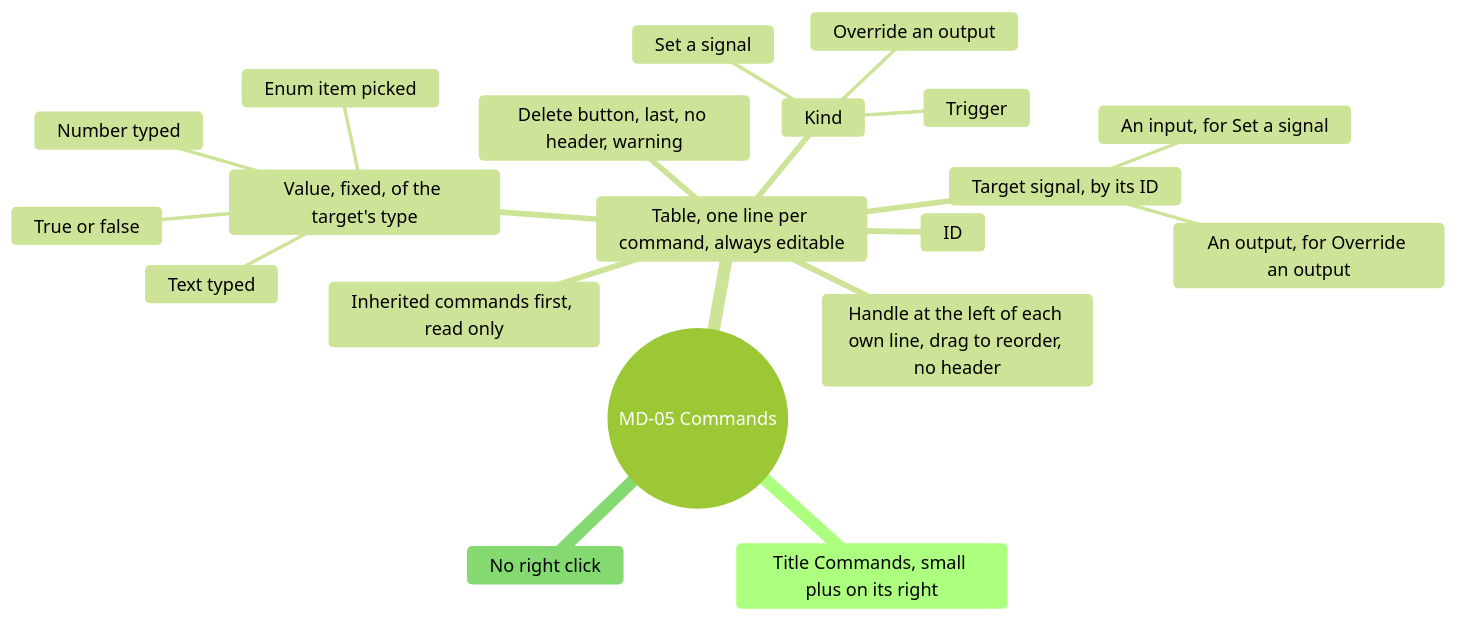
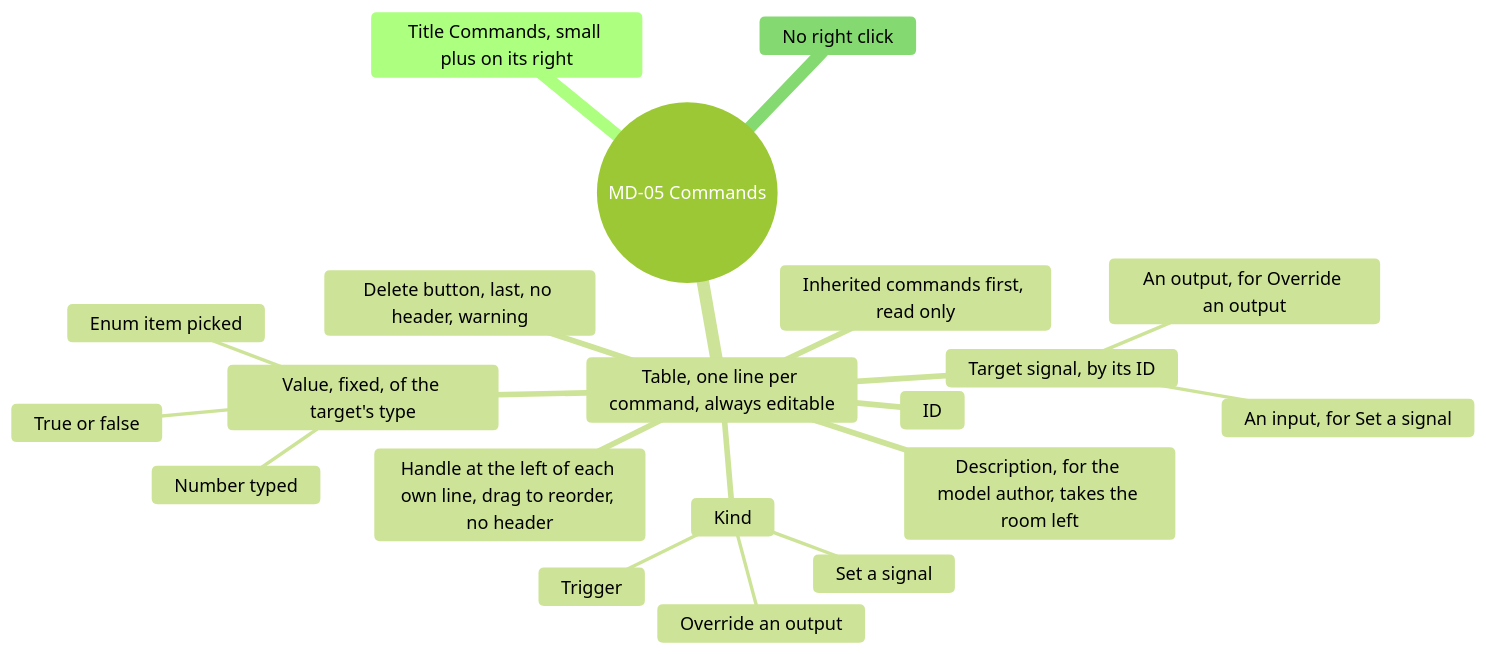
One commit to AlexandreGallais/synoptic-studio-spec changed the eighth of 17 diagrams in screens/metadata.md. Above: the diagram before and after it, drawn with Mermaid (forest theme). The commit also changed other lines of this file and 2 other files, not shown here.

First line of the commit message:
docs(metadata): give signals and commands a description

````diff
--- a/screens/metadata.md
+++ b/screens/metadata.md
@@ -256,23 +258,23 @@
 ```mermaid
 mindmap
   root((MD-05 Commands))
     Title Commands, small plus on its right
     Table, one line per command, always editable
       Inherited commands first, read only
       Handle at the left of each own line, drag to reorder, no header
       Kind
         Set a signal
         Trigger
         Override an output
       ID
       Target signal, by its ID
         An input, for Set a signal
         An output, for Override an output
       Value, fixed, of the target's type
         Number typed
         True or false
-        Text typed
         Enum item picked
+      Description, for the model author, takes the room left
       Delete button, last, no header, warning
     No right click
 ```
````
